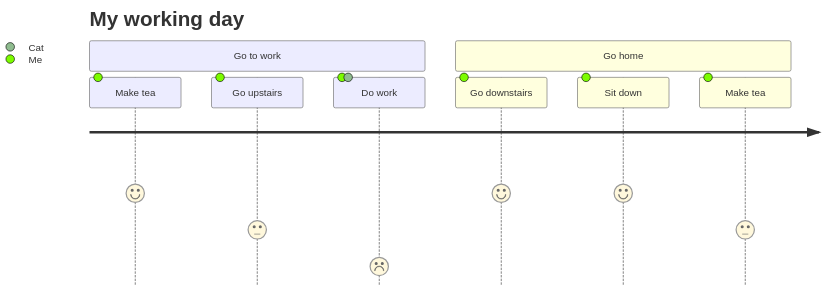
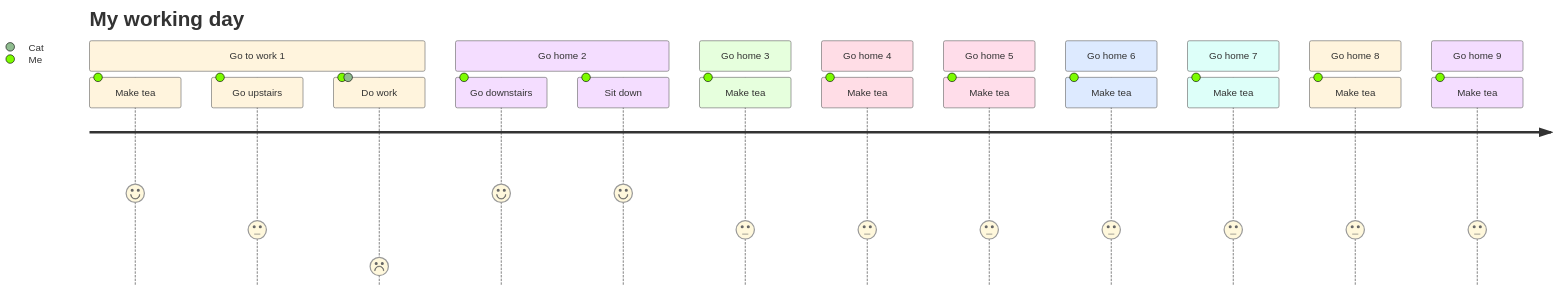
The diagram in md2visio/test/journey.md (minahasilo/md2visio), drawn with Mermaid before and after one commit. The commit also changed 2 other files, not shown here.

``````diff
--- a/md2visio/test/journey.md
+++ b/md2visio/test/journey.md
@@ -3,14 +3,30 @@
 `````mermaid
+---
+config:
+  theme: "base"
+---
 journey
 %% journey : test
     title My working day
-    section Go to work
+    section Go to work 1
       Make tea: 5: Me
       Go upstairs: 3: Me
       Do work: 1: Me, Cat
-    section Go home
+    section Go home 2
       Go downstairs: 5: Me
       Sit down: 5: Me
-    section Go home
+    section Go home 3 
+    	Make tea: 3: Me
+    section Go home 4
+    	Make tea: 3: Me
+    section Go home 5
+    	Make tea: 3: Me
+    section Go home 6
+    	Make tea: 3: Me
+    section Go home 7
+    	Make tea: 3: Me
+    section Go home 8
+    	Make tea: 3: Me
+    section Go home 9
     	Make tea: 3: Me
 `````
``````
